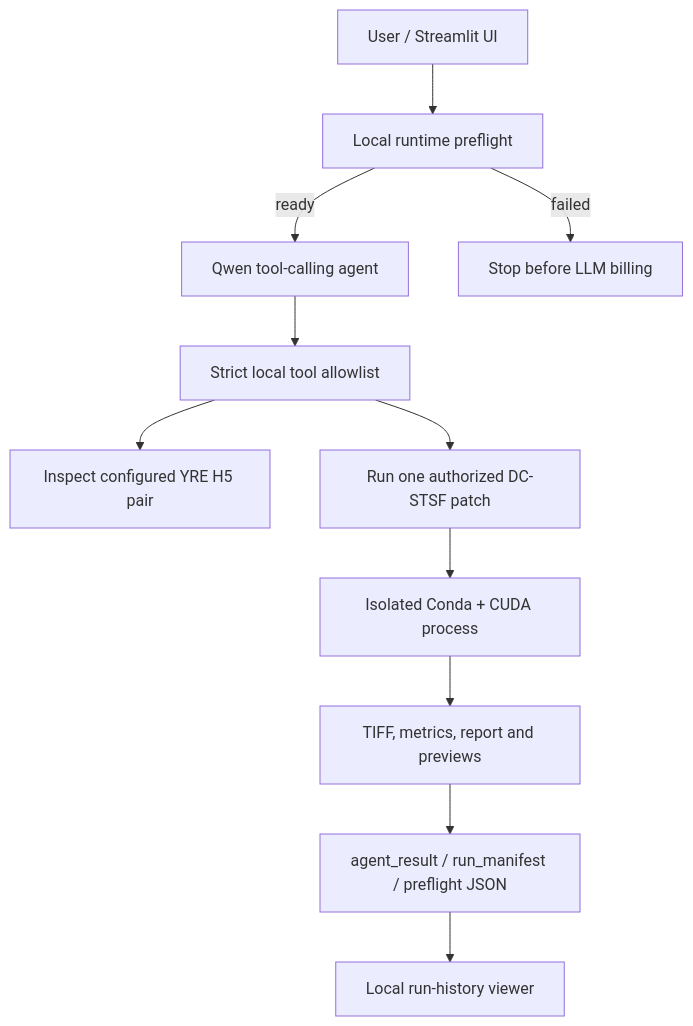
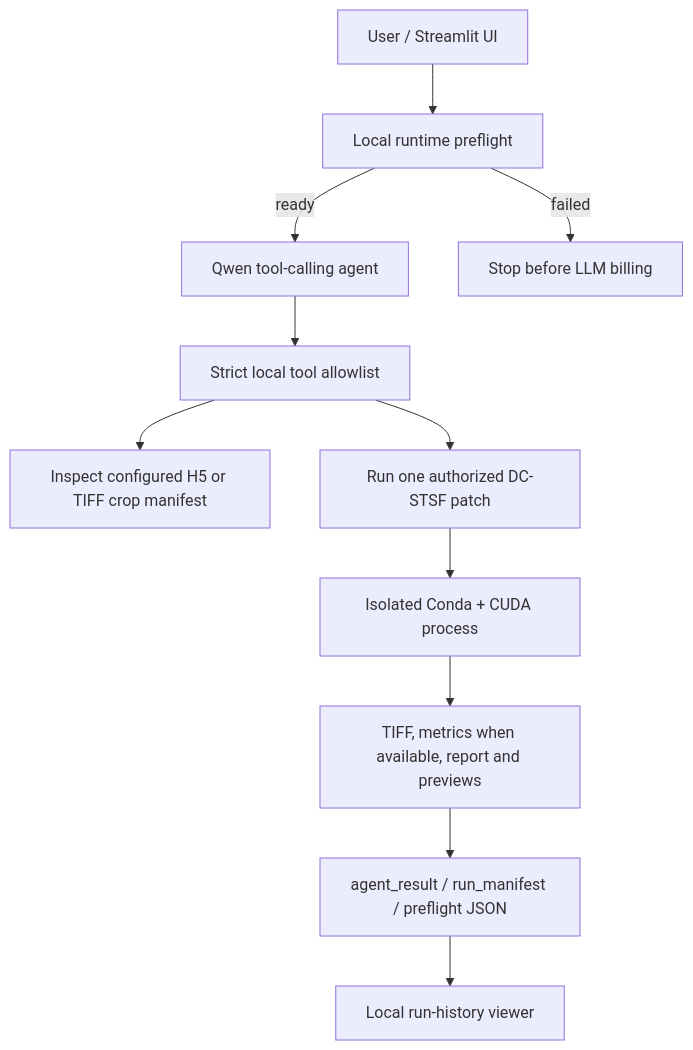
Before and after one commit to Mona659/RSFusionAgent: the second of 2 diagrams in README.md, drawn with Mermaid. The commit also changed other lines of this file and 17 other files, not shown here.

````diff
--- a/README.md
+++ b/README.md
@@ -35,13 +37,13 @@
 ```mermaid
 flowchart TD
     U["User / Streamlit UI"] --> P["Local runtime preflight"]
     P -->|"ready"| A["Qwen tool-calling agent"]
     P -->|"failed"| X["Stop before LLM billing"]
     A --> T["Strict local tool allowlist"]
-    T --> I["Inspect configured YRE H5 pair"]
+    T --> I["Inspect configured H5 or TIFF crop manifest"]
     T --> R["Run one authorized DC-STSF patch"]
     R --> C["Isolated Conda + CUDA process"]
-    C --> O["TIFF, metrics, report and previews"]
+    C --> O["TIFF, metrics when available, report and previews"]
     O --> J["agent_result / run_manifest / preflight JSON"]
     J --> H["Local run-history viewer"]
 ```
````
